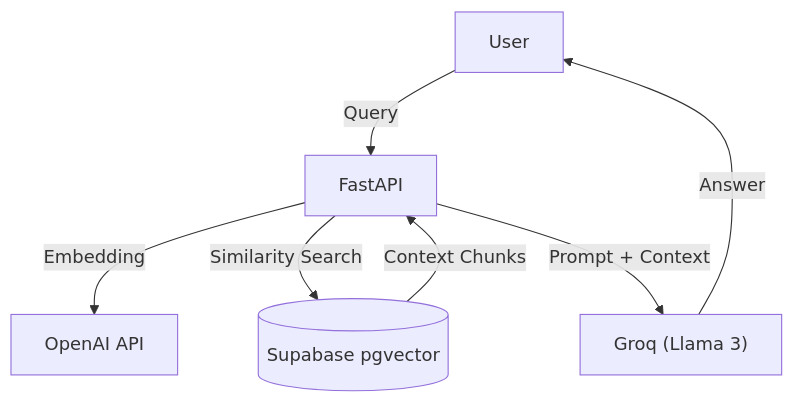
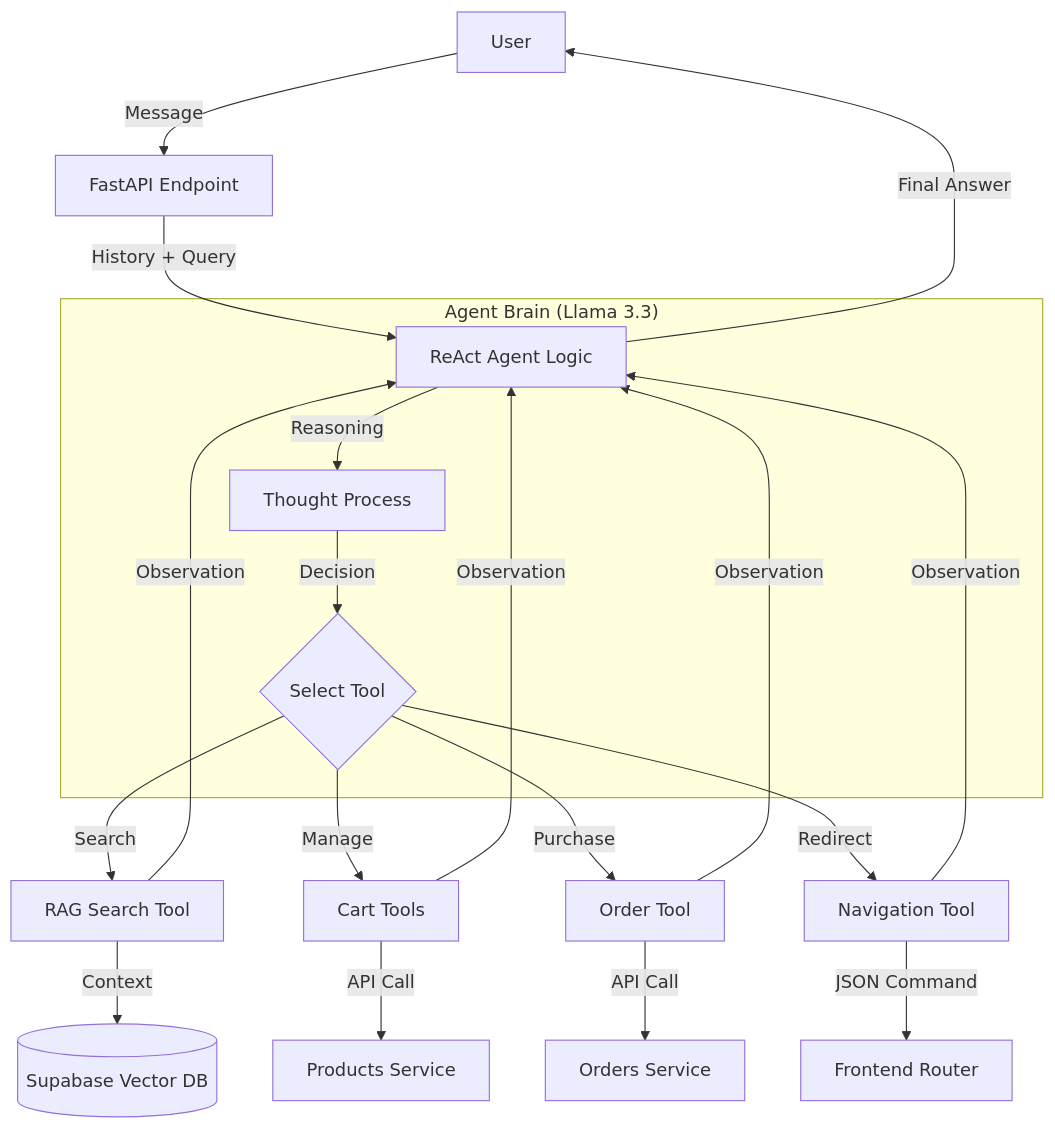
Before and after one commit to ChristianMendozaa/chatbot_servive_UCB_commerce: the diagram in README.md, drawn with Mermaid. The commit also changed other lines of this file and 6 other files, not shown here.

Commit message:
feat: Implement ReAct agent-based chatbot service with e-commerce tools and RAG integration.

````diff
--- a/README.md
+++ b/README.md
@@ -9,9 +11,23 @@
 ```mermaid
 graph TD
-    User -->|Query| API[FastAPI]
-    API -->|Embedding| OpenAI[OpenAI API]
-    API -->|Similarity Search| Supabase[("Supabase pgvector")]
-    Supabase -->|Context Chunks| API
-    API -->|Prompt + Context| LLM["Groq (Llama 3)"]
-    LLM -->|Answer| User
+    User[User] -->|Message| API[FastAPI Endpoint]
+    API -->|History + Query| Agent[ReAct Agent Logic]
+    
+    subgraph "Agent Brain (Llama 3.3)"
+        Agent -->|Reasoning| Plan[Thought Process]
+        Plan -->|Decision| Action{Select Tool}
+    end
+    
+    Action -->|Search| RAG[RAG Search Tool]
+    Action -->|Manage| Cart[Cart Tools]
+    Action -->|Purchase| Order[Order Tool]
+    Action -->|Redirect| Nav[Navigation Tool]
+    
+    RAG -->|Context| Supabase[("Supabase Vector DB")]
+    Cart -->|API Call| ProductsService[Products Service]
+    Order -->|API Call| OrdersService[Orders Service]
+    Nav -->|JSON Command| Frontend[Frontend Router]
+    
+    RAG & Cart & Order & Nav -->|Observation| Agent
+    Agent -->|Final Answer| User
 ```
````
